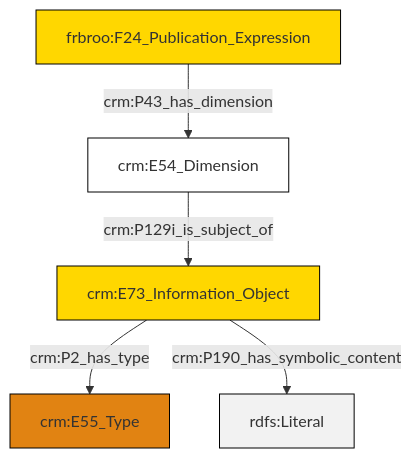
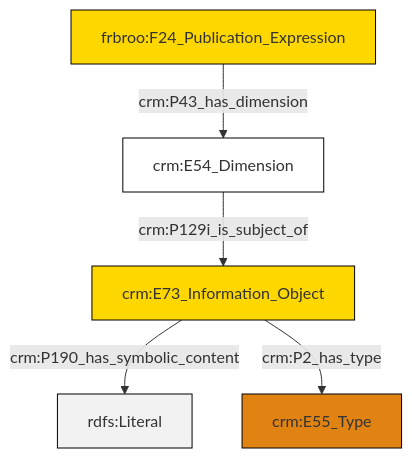
One commit to swiss-art-research-net/docs.swissartresearch changed the diagram in et/biblioCSV/ttl/mmd/biblio_substance.ttl.mmd. Above: the diagram before and after it, drawn with Mermaid. The commit also changed 178 other files, not shown here.

```diff
--- a/et/biblioCSV/ttl/mmd/biblio_substance.ttl.mmd
+++ b/et/biblioCSV/ttl/mmd/biblio_substance.ttl.mmd
@@ -1,19 +1,19 @@
 graph TD
 classDef Literal fill:#f2f2f2,stroke:#000000;
 classDef CRM_Entity fill:#FFFFFF,stroke:#000000;
 classDef Temporal_Entity fill:#00C9E6, stroke:#000000;
 classDef Type fill:#E18312, stroke:#000000;
 classDef Time-Span fill:#2C9C91, stroke:#000000;
 classDef Appellation fill:#FFEB7F, stroke:#000000;
 classDef Place fill:#008836, stroke:#000000;
 classDef Persistent_Item fill:#B266B2, stroke:#000000;
 classDef Conceptual_Object fill:#FFD700, stroke:#000000;
 classDef Physical_Thing fill:#D2B48C, stroke:#000000;
 classDef Actor fill:#f58aad, stroke:#000000;
 classDef PC_Classes fill:#4ce600, stroke:#000000;
 classDef Multi fill:#cccccc,stroke:#000000;
 
-0["frbroo:F24_Publication_Expression"]:::Conceptual_Object -->|crm:P43_has_dimension| 2["crm:E54_Dimension"]:::CRM_Entity
-2["crm:E54_Dimension"]:::CRM_Entity -->|crm:P129i_is_subject_of| 6["crm:E73_Information_Object"]:::Conceptual_Object
-6["crm:E73_Information_Object"]:::Conceptual_Object -->|crm:P2_has_type| 3["crm:E55_Type"]:::Type
-6["crm:E73_Information_Object"]:::Conceptual_Object -->|crm:P190_has_symbolic_content| 7[rdfs:Literal]:::Literal
+2["crm:E54_Dimension"]:::CRM_Entity -->|crm:P129i_is_subject_of| 4["crm:E73_Information_Object"]:::Conceptual_Object
+4["crm:E73_Information_Object"]:::Conceptual_Object -->|crm:P190_has_symbolic_content| 7[rdfs:Literal]:::Literal
+4["crm:E73_Information_Object"]:::Conceptual_Object -->|crm:P2_has_type| 0["crm:E55_Type"]:::Type
+5["frbroo:F24_Publication_Expression"]:::Conceptual_Object -->|crm:P43_has_dimension| 2["crm:E54_Dimension"]:::CRM_Entity
```
